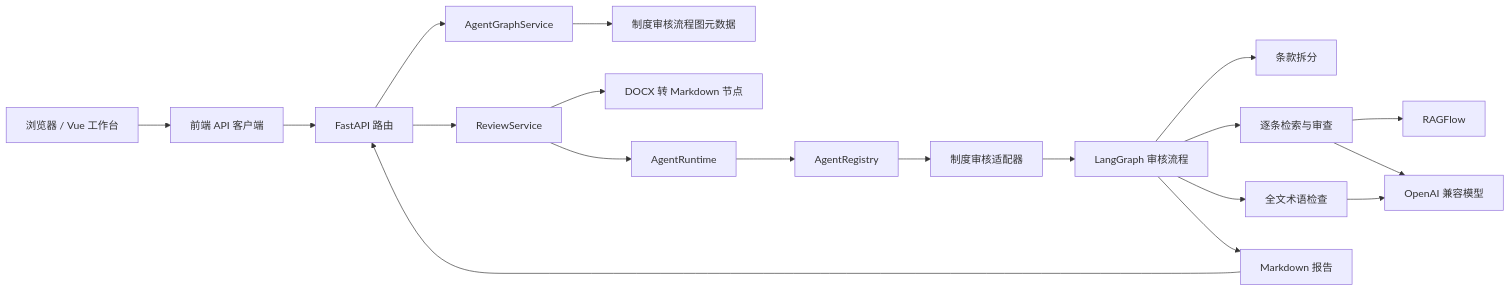
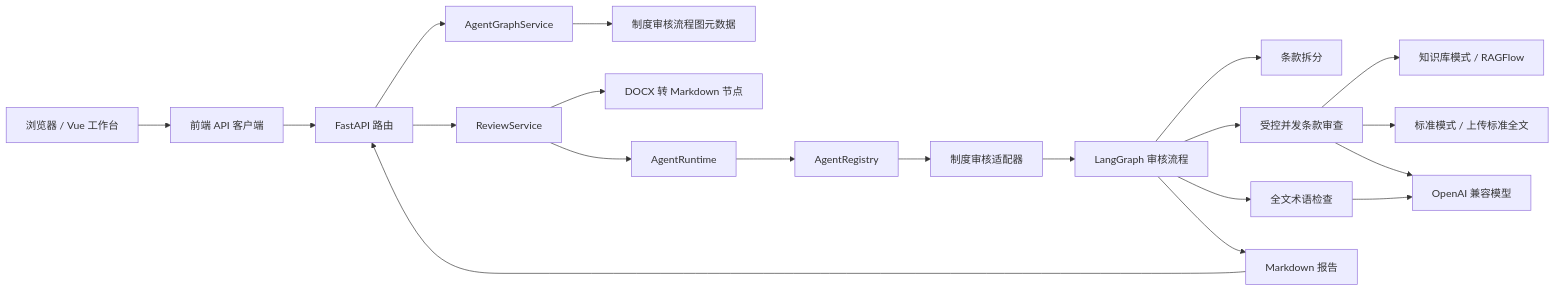
Before and after one commit to LiuEhe/AgentPlatform: the diagram in README.md, drawn with Mermaid. The commit also changed other lines of this file and 1 other file, not shown here.

````diff
--- a/README.md
+++ b/README.md
@@ -25,21 +27,22 @@
 ```mermaid
 flowchart LR
     Browser[浏览器 / Vue 工作台] --> APIClient[前端 API 客户端]
     APIClient --> API[FastAPI 路由]
     API --> ReviewService[ReviewService]
     API --> AgentGraphService[AgentGraphService]
     AgentGraphService --> GraphMetadata[制度审核流程图元数据]
     ReviewService --> Docx[DOCX 转 Markdown 节点]
     ReviewService --> Runtime[AgentRuntime]
     Runtime --> Registry[AgentRegistry]
     Registry --> Adapter[制度审核适配器]
     Adapter --> Graph[LangGraph 审核流程]
     Graph --> Split[条款拆分]
-    Graph --> ClauseReview[逐条检索与审查]
+    Graph --> ClauseReview[受控并发条款审查]
     Graph --> Terminology[全文术语检查]
-    ClauseReview --> RAG[RAGFlow]
+    ClauseReview --> RAG[知识库模式 / RAGFlow]
+    ClauseReview --> Standard[标准模式 / 上传标准全文]
     ClauseReview --> Model[OpenAI 兼容模型]
     Terminology --> Model
     Graph --> Report[Markdown 报告]
     Report --> API
 ```
````
